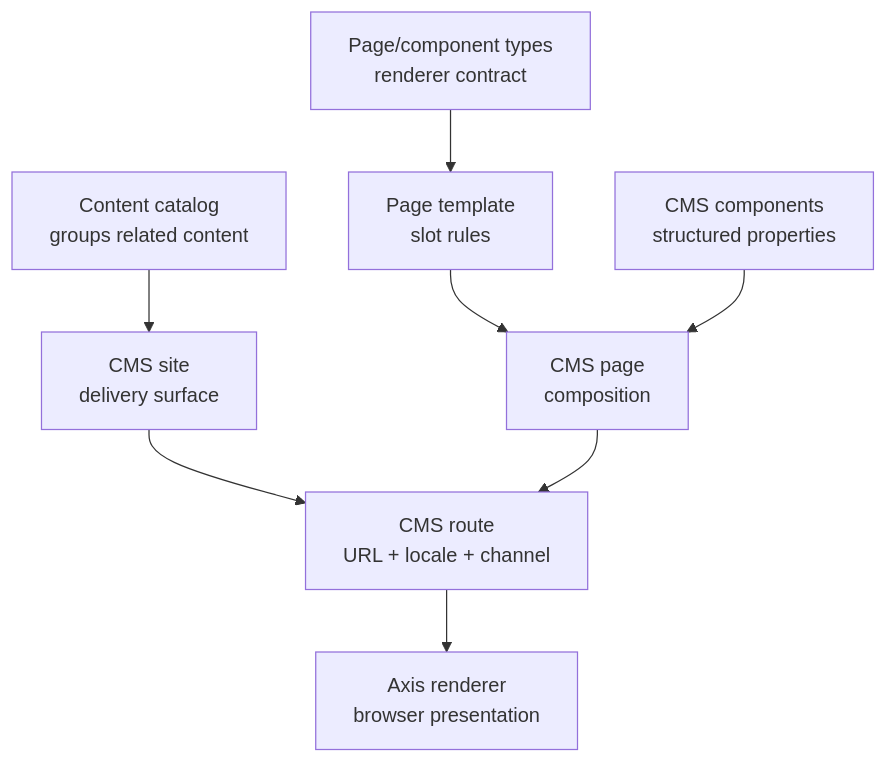
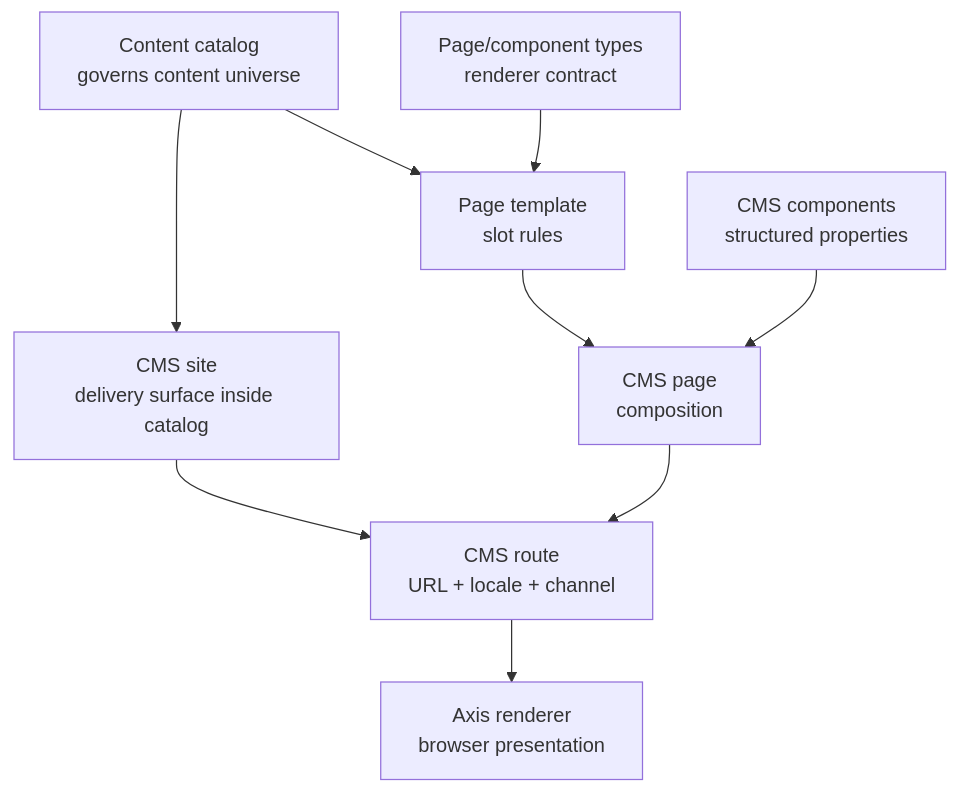
One commit to Nodics/nodics.ai changed the second of 5 diagrams in nodics.docs/content/nodics.wcms/overview.md. Above: the diagram before and after it, drawn with Mermaid. The commit also changed other lines of this file and 22 other files, not shown here.

Commit message:
Add catalog-first CMS designer authoring

````diff
--- a/nodics.docs/content/nodics.wcms/overview.md
+++ b/nodics.docs/content/nodics.wcms/overview.md
@@ -46,19 +111,20 @@
 ```mermaid
 flowchart TD
-  Catalog["Content catalog<br/>groups related content"]
-  Site["CMS site<br/>delivery surface"]
+  Catalog["Content catalog<br/>governs content universe"]
+  Site["CMS site<br/>delivery surface inside catalog"]
   Type["Page/component types<br/>renderer contract"]
   Template["Page template<br/>slot rules"]
   Component["CMS components<br/>structured properties"]
   Page["CMS page<br/>composition"]
   Route["CMS route<br/>URL + locale + channel"]
   Axis["Axis renderer<br/>browser presentation"]
 
   Catalog --> Site
+  Catalog --> Template
   Type --> Template
   Template --> Page
   Component --> Page
   Site --> Route
   Page --> Route
   Route --> Axis
 ```
````
